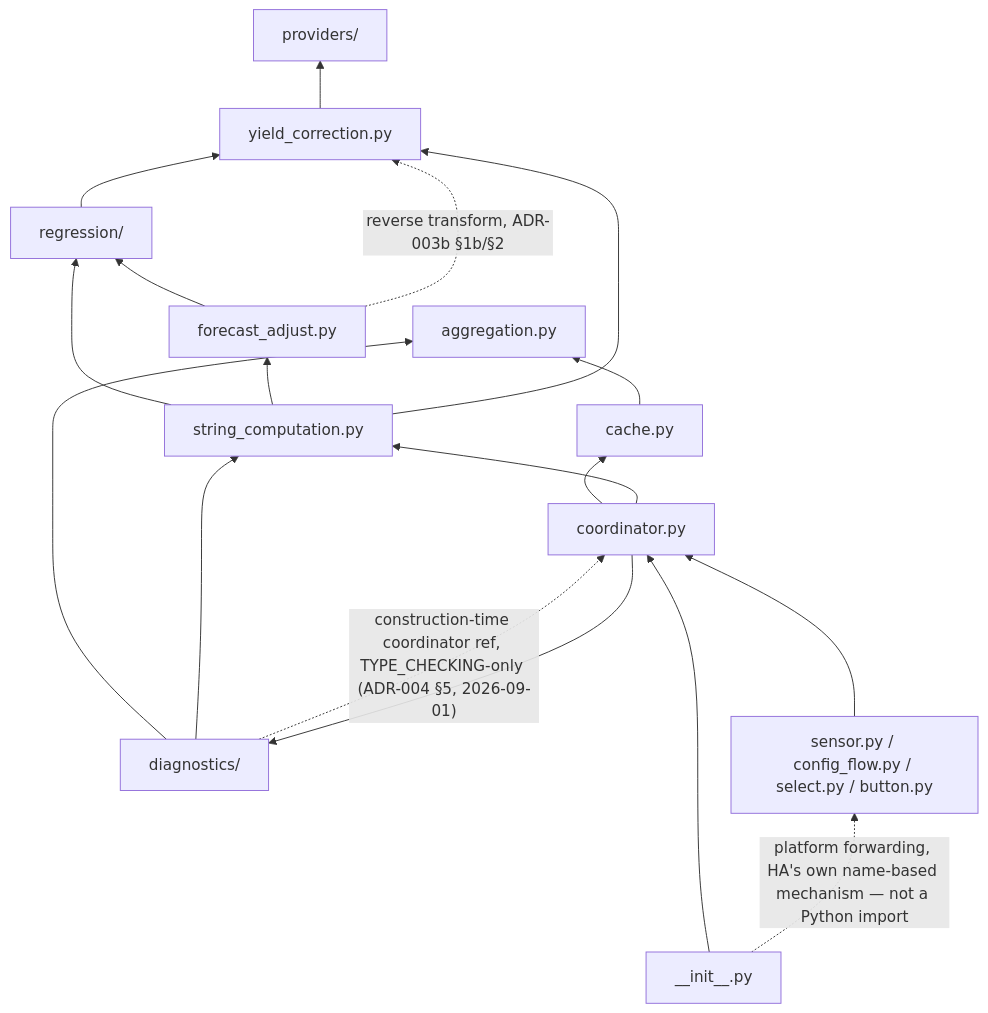
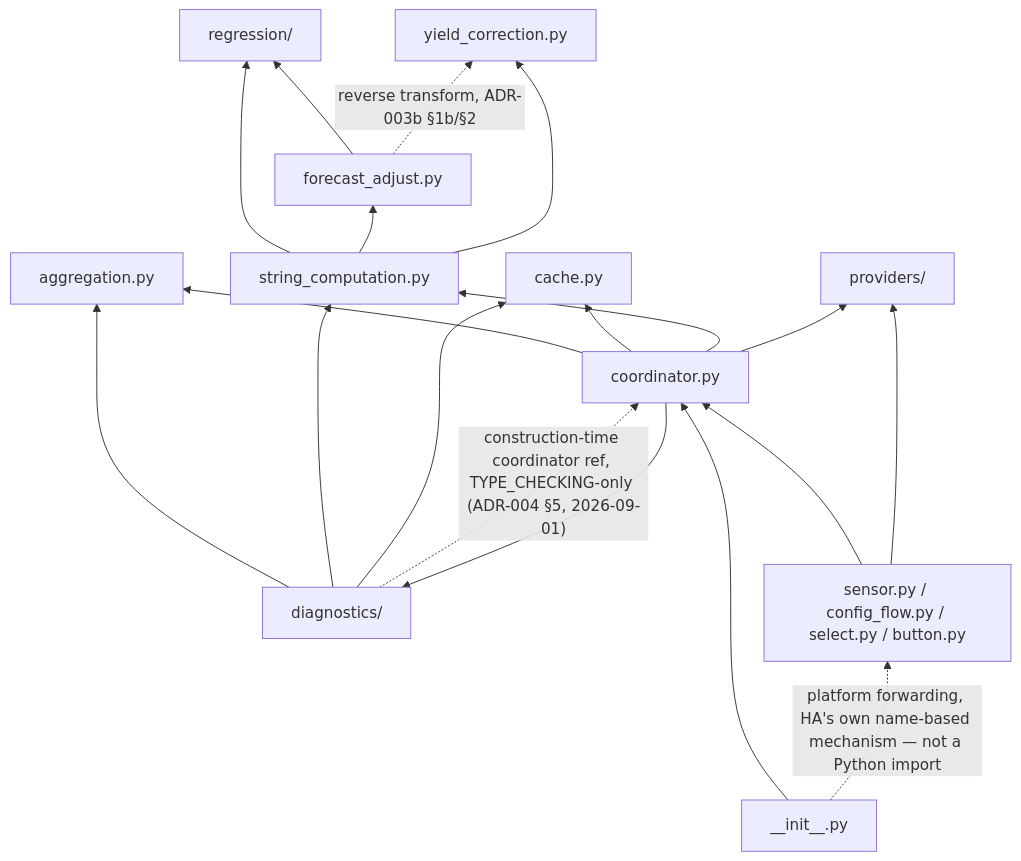
One commit to eschnepel/shady changed the diagram in adr/000-coding-standards.md. Above: the diagram before and after it, drawn with Mermaid. The commit also changed other lines of this file and 5 other files, not shown here.

````diff
--- a/adr/000-coding-standards.md
+++ b/adr/000-coding-standards.md
@@ -90,32 +90,33 @@
 ```mermaid
 flowchart BT
     providers["providers/"]
     yield_correction["yield_correction.py"]
     regression["regression/"]
     forecast_adjust["forecast_adjust.py"]
     string_computation["string_computation.py"]
     aggregation["aggregation.py"]
     diagnostics["diagnostics/"]
     cache["cache.py"]
     coordinator["coordinator.py"]
     entity_glue["sensor.py / config_flow.py / select.py / button.py"]
     init["__init__.py"]
 
-    yield_correction --> providers
-    regression --> yield_correction
     forecast_adjust --> regression
     string_computation --> regression
     string_computation --> forecast_adjust
     string_computation --> yield_correction
     diagnostics --> aggregation
     diagnostics --> string_computation
-    cache --> aggregation
+    diagnostics --> cache
+    coordinator --> aggregation
     coordinator --> cache
     coordinator --> string_computation
     coordinator --> diagnostics
+    coordinator --> providers
     entity_glue --> coordinator
+    entity_glue --> providers
     init --> coordinator
     forecast_adjust -.->|"reverse transform, ADR-003b §1b/§2"| yield_correction
     diagnostics -.->|"construction-time coordinator ref, TYPE_CHECKING-only (ADR-004 §5, 2026-09-01)"| coordinator
     init -.->|"platform forwarding, HA's own name-based mechanism — not a Python import"| entity_glue
 ```
````
